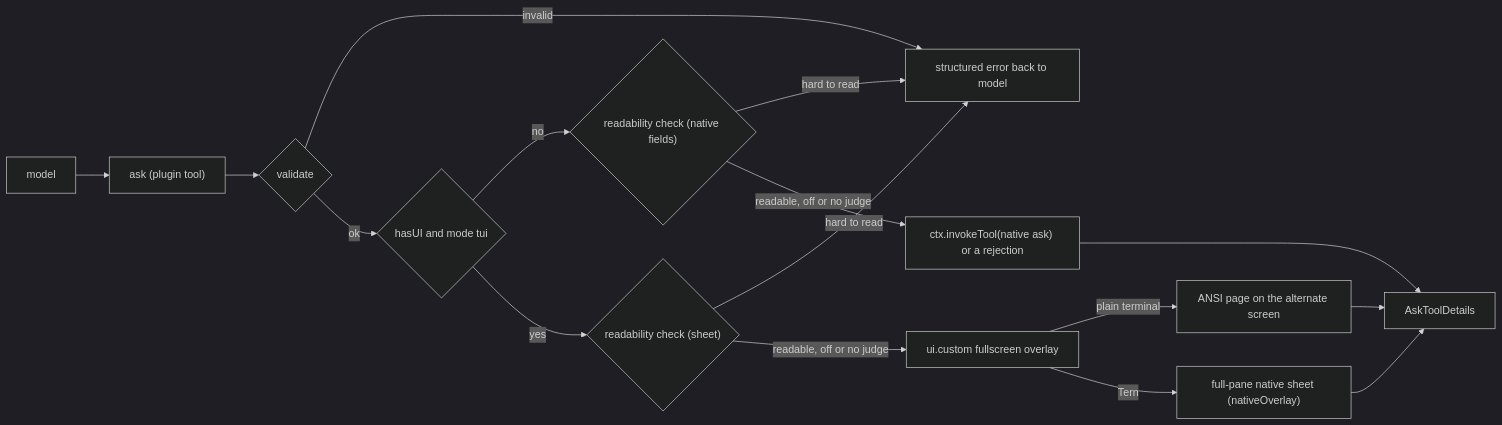
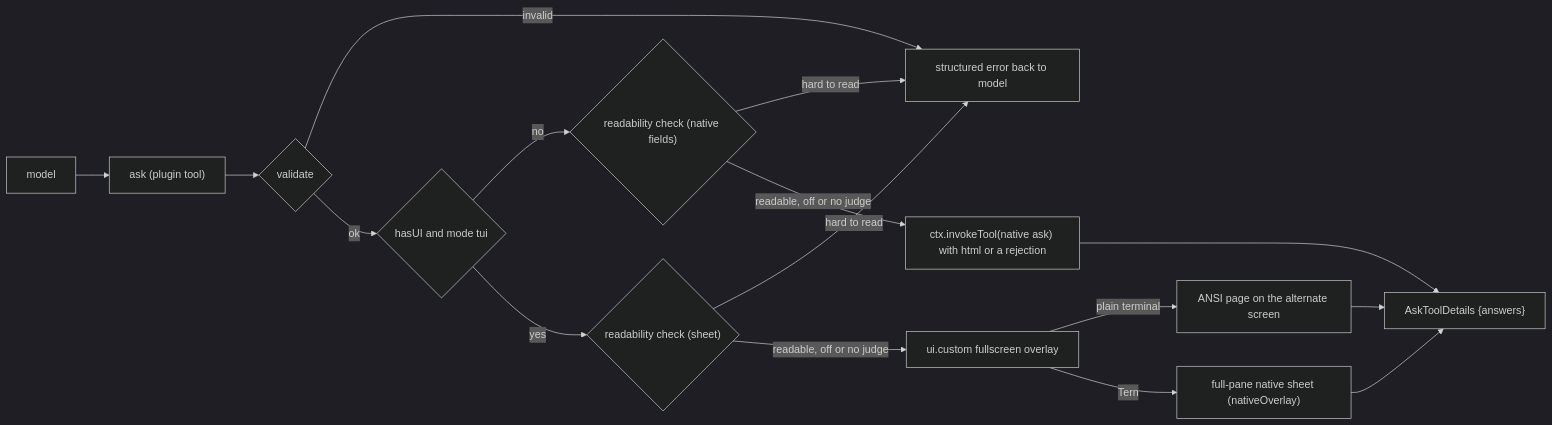
Before and after one commit to oh-my-omp/omp-ask-more: the first of 2 diagrams in docs/design.md, drawn with Mermaid (dark theme). The commit also changed other lines of this file and 13 other files, not shown here.

First line of the commit message:
feat: delegated ask to the native HTML form and reshaped params and results

````diff
--- a/docs/design.md
+++ b/docs/design.md
@@ -16,18 +16,18 @@
 ```mermaid
 flowchart LR
   m[model] --> t["ask (plugin tool)"]
   t --> v{validate}
   v -- invalid --> e[structured error back to model]
   v -- ok --> u{"hasUI and mode tui"}
   u -- "no" --> rn{"readability check (native fields)"}
   u -- "yes" --> rs{"readability check (sheet)"}
   rn -- "hard to read" --> e
   rs -- "hard to read" --> e
-  rn -- "readable, off or no judge" --> n["ctx.invokeTool(native ask) or a rejection"]
+  rn -- "readable, off or no judge" --> n["ctx.invokeTool(native ask) with html or a rejection"]
   rs -- "readable, off or no judge" --> o["ui.custom fullscreen overlay"]
   o -- "plain terminal" --> c["ANSI page on the alternate screen"]
   o -- "Tern" --> p["full-pane native sheet (nativeOverlay)"]
-  p --> a[AskToolDetails]
+  p --> a["AskToolDetails {answers}"]
   c --> a
   n --> a
 ```
````
